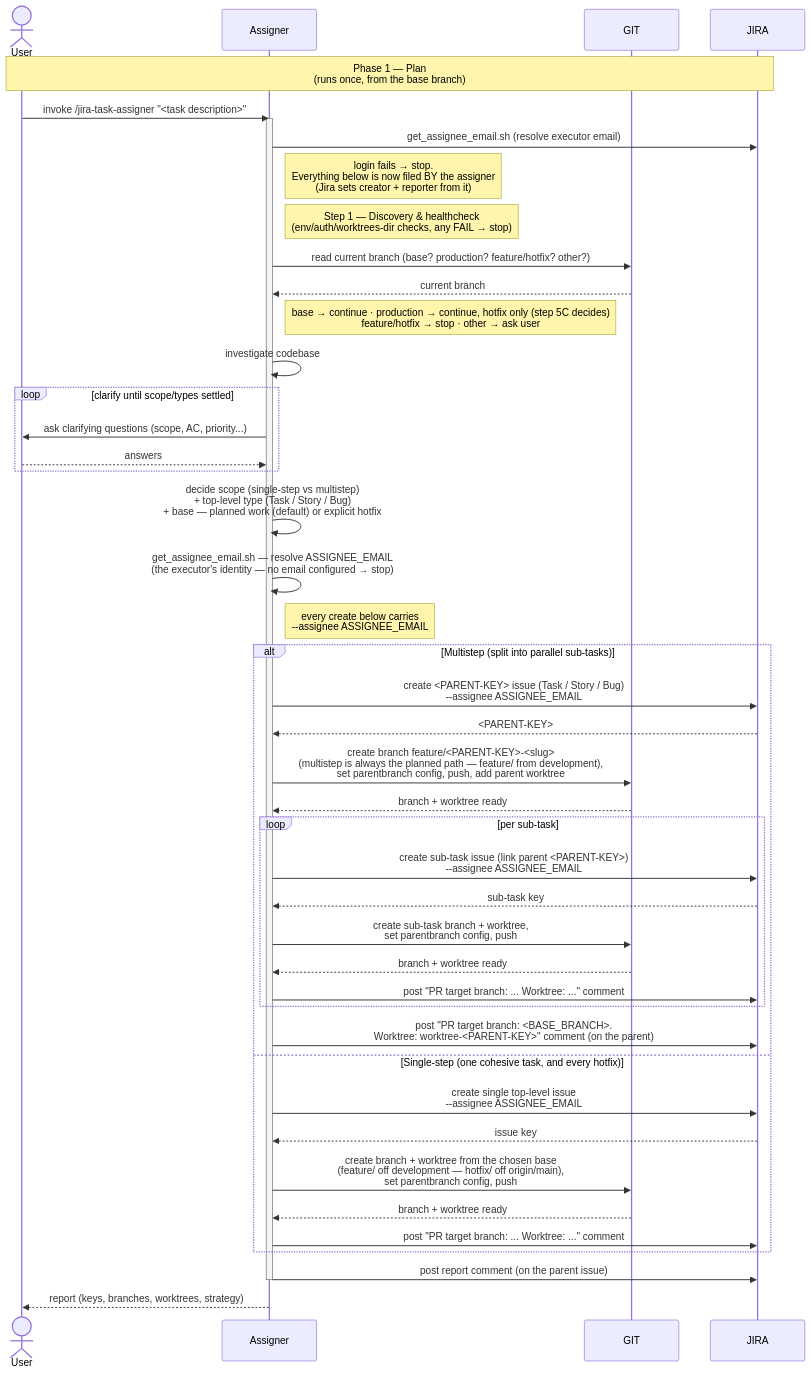
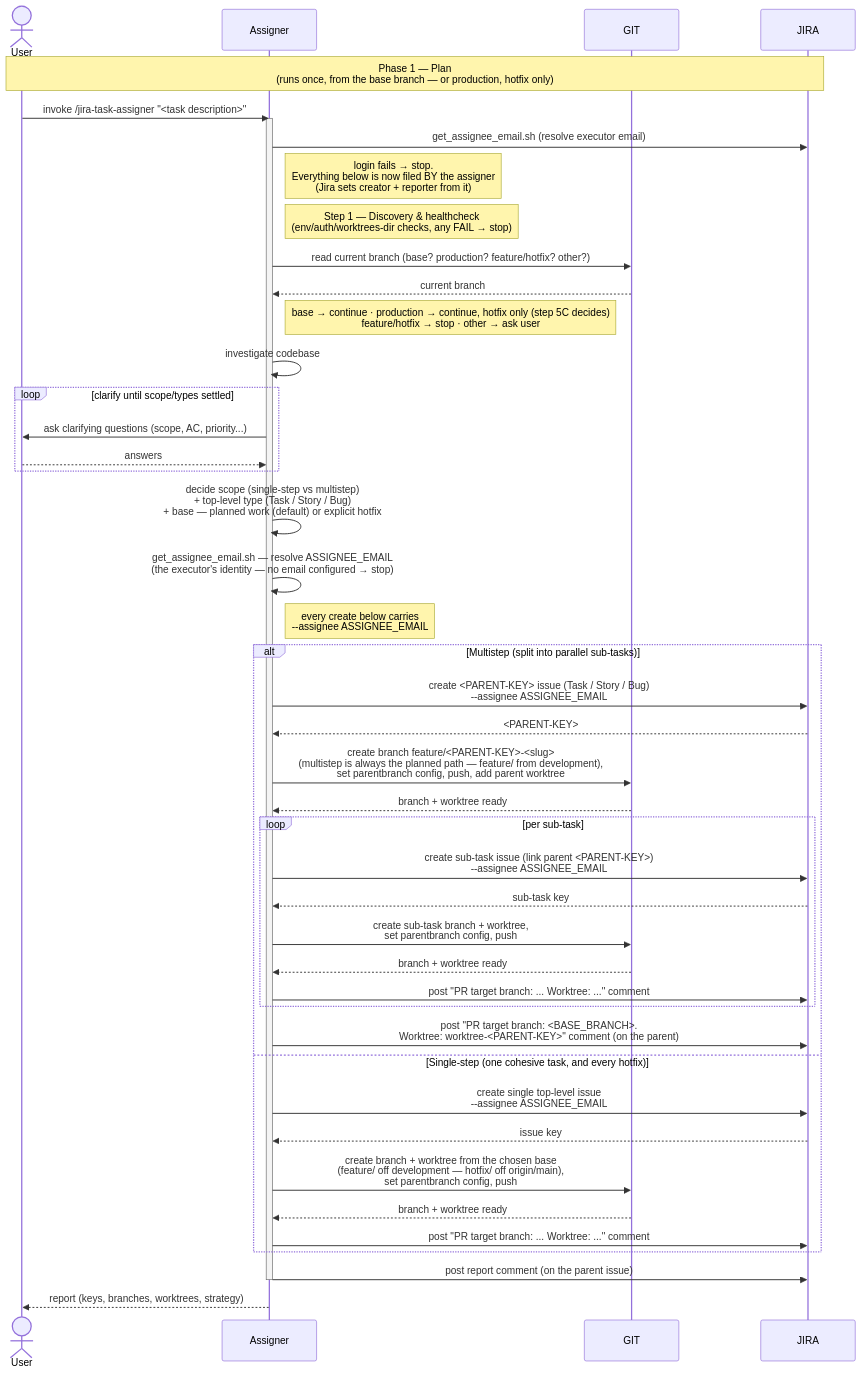
The diagram in plugins/jira-sdlc/docs/TASK-LIFECYCLE-PHASE-1.md (kantorv/jira-sdlc-tools), drawn with Mermaid before and after one commit. The commit also changed 2 other files, not shown here.

Commit message:
JST-184 close remaining doc drift on the assigner's start state
Audit of every doc claim about where the assigner runs turned up three
leftovers the previous two commits missed:

- README 'What the assigner creates' and Known limitations both still
  said 'runs only from your base branch'.
- The phase-1 diagram's own header note said '(runs once, from the base
  branch)' — contradicting the step-2 note directly below it, which the
  previous commit had already updated.

README also gained a short 'Emergency hotfixes' paragraph: the capability
was reachable only from the SKILL.md and the lifecycle doc, with nothing
user-facing describing it.

SVG regenerated.

````diff
--- a/plugins/jira-sdlc/docs/TASK-LIFECYCLE-PHASE-1.md
+++ b/plugins/jira-sdlc/docs/TASK-LIFECYCLE-PHASE-1.md
@@ -26,54 +26,54 @@
 ```mermaid
 sequenceDiagram
     actor User
     participant Assigner
     participant GIT
     participant JIRA
 
-    Note over User,JIRA: Phase 1 — Plan<br/>(runs once, from the base branch)
+    Note over User,JIRA: Phase 1 — Plan<br/>(runs once, from the base branch — or production, hotfix only)
     User->>Assigner: invoke /jira-task-assigner "<task description>"
 
     activate Assigner
     Assigner->>JIRA: get_assignee_email.sh (resolve executor email)
     Note right of Assigner: login fails → stop.<br/>Everything below is now filed BY the assigner<br/>(Jira sets creator + reporter from it)
     Note right of Assigner: Step 1 — Discovery & healthcheck<br/>(env/auth/worktrees-dir checks, any FAIL → stop)
     Assigner->>GIT: read current branch (base? production? feature/hotfix? other?)
     GIT-->>Assigner: current branch
     Note right of Assigner: base → continue · production → continue, hotfix only (step 5C decides)<br/>feature/hotfix → stop · other → ask user
     Assigner->>Assigner: investigate codebase
 
     loop clarify until scope/types settled
         Assigner->>User: ask clarifying questions (scope, AC, priority...)
         User-->>Assigner: answers
     end
 
     Assigner->>Assigner: decide scope (single-step vs multistep)<br/>+ top-level type (Task / Story / Bug)<br/>+ base — planned work (default) or explicit hotfix
 
     Assigner->>Assigner: get_assignee_email.sh — resolve ASSIGNEE_EMAIL<br/>(the executor's identity — no email configured → stop)
     Note right of Assigner: every create below carries<br/>--assignee ASSIGNEE_EMAIL
 
     alt Multistep (split into parallel sub-tasks)
         Assigner->>JIRA: create <PARENT-KEY> issue (Task / Story / Bug)<br/>--assignee ASSIGNEE_EMAIL
         JIRA-->>Assigner: <PARENT-KEY>
         Assigner->>GIT: create branch feature/<PARENT-KEY>-<slug><br/>(multistep is always the planned path — feature/ from development),<br/>set parentbranch config, push, add parent worktree
         GIT-->>Assigner: branch + worktree ready
         loop per sub-task
             Assigner->>JIRA: create sub-task issue (link parent <PARENT-KEY>)<br/>--assignee ASSIGNEE_EMAIL
             JIRA-->>Assigner: sub-task key
             Assigner->>GIT: create sub-task branch + worktree,<br/>set parentbranch config, push
             GIT-->>Assigner: branch + worktree ready
             Assigner->>JIRA: post "PR target branch: ... Worktree: ..." comment
         end
         Assigner->>JIRA: post "PR target branch: <BASE_BRANCH>.<br/>Worktree: worktree-<PARENT-KEY>" comment (on the parent)
     else Single-step (one cohesive task, and every hotfix)
         Assigner->>JIRA: create single top-level issue<br/>--assignee ASSIGNEE_EMAIL
         JIRA-->>Assigner: issue key
         Assigner->>GIT: create branch + worktree from the chosen base<br/>(feature/ off development — hotfix/ off origin/main),<br/>set parentbranch config, push
         GIT-->>Assigner: branch + worktree ready
         Assigner->>JIRA: post "PR target branch: ... Worktree: ..." comment
     end
     Assigner->>JIRA: post report comment (on the parent issue)
     deactivate Assigner
 
     Assigner-->>User: report (keys, branches, worktrees, strategy)
 ```
````
